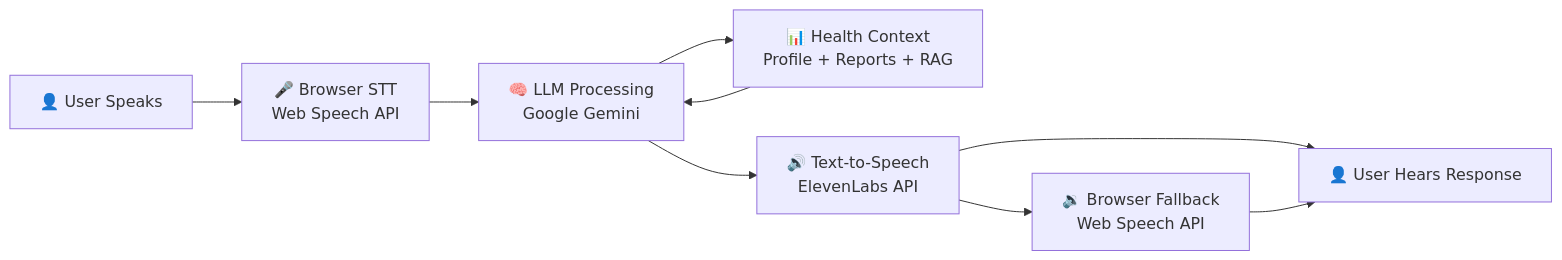
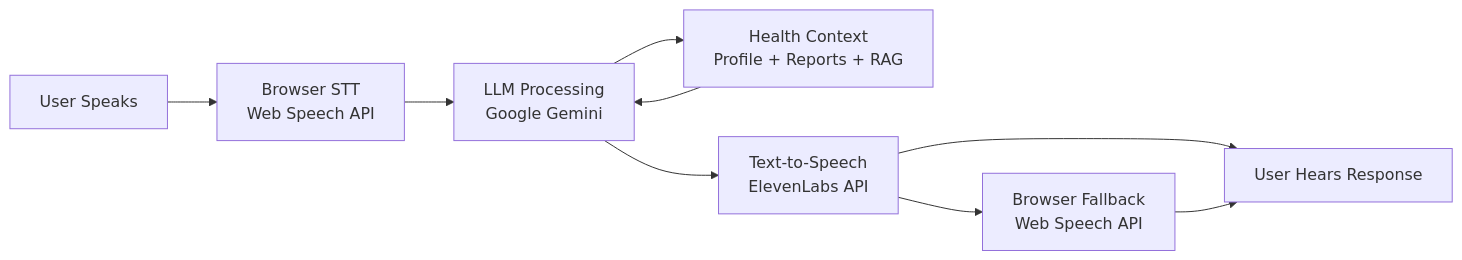
The fifth of 7 diagrams in README.md (darved2305/Lumea), drawn with Mermaid before and after one commit. The commit also changed other lines of this file and 20 other files, not shown here.

````diff
--- a/README.md
+++ b/README.md
@@ -659,11 +661,11 @@
 ```mermaid
 graph LR
-    A[👤 User Speaks] --> B[🎤 Browser STT<br/>Web Speech API]
-    B --> C[🧠 LLM Processing<br/>Google Gemini]
-    C --> D[📊 Health Context<br/>Profile + Reports + RAG]
-    D --> C
-    C --> E[🔊 Text-to-Speech<br/>ElevenLabs API]
-    E --> F[🔉 Browser Fallback<br/>Web Speech API]
-    E --> G[👤 User Hears Response]
-    F --> G
+ A[User Speaks] --> B[Browser STT<br/>Web Speech API]
+ B --> C[LLM Processing<br/>Google Gemini]
+ C --> D[Health Context<br/>Profile + Reports + RAG]
+ D --> C
+ C --> E[Text-to-Speech<br/>ElevenLabs API]
+ E --> F[Browser Fallback<br/>Web Speech API]
+ E --> G[User Hears Response]
+ F --> G
 ```
````
